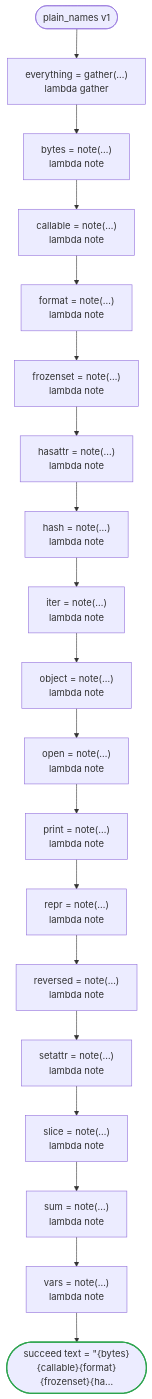
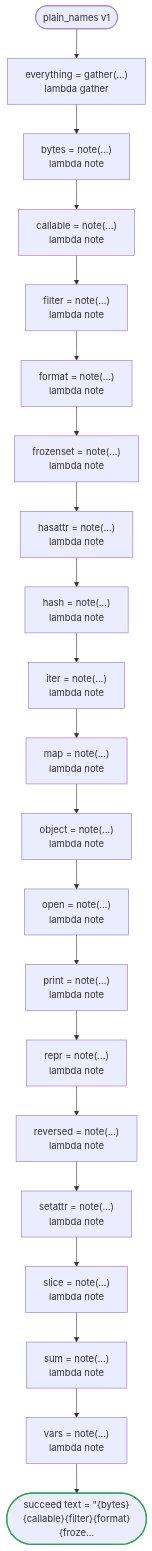
One commit to i2y/ritsu changed the diagram in crates/dandori/tests/doc/tests-flows-plain_names.en.md. Above: the diagram before and after it, drawn with Mermaid. The commit also changed other lines of this file and 17 other files, not shown here.

````diff
--- a/crates/dandori/tests/doc/tests-flows-plain_names.en.md
+++ b/crates/dandori/tests/doc/tests-flows-plain_names.en.md
@@ -9,43 +9,47 @@
 ```mermaid
 flowchart TD
     start(["plain_names v1"])
     s1["everything = gather(…)<br>lambda gather"]
     s2["bytes = note(…)<br>lambda note"]
     s3["callable = note(…)<br>lambda note"]
-    s4["format = note(…)<br>lambda note"]
-    s5["frozenset = note(…)<br>lambda note"]
-    s6["hasattr = note(…)<br>lambda note"]
-    s7["hash = note(…)<br>lambda note"]
-    s8["iter = note(…)<br>lambda note"]
-    s9["object = note(…)<br>lambda note"]
-    s10["open = note(…)<br>lambda note"]
-    s11["print = note(…)<br>lambda note"]
-    s12["repr = note(…)<br>lambda note"]
-    s13["reversed = note(…)<br>lambda note"]
-    s14["setattr = note(…)<br>lambda note"]
-    s15["slice = note(…)<br>lambda note"]
-    s16["sum = note(…)<br>lambda note"]
-    s17["vars = note(…)<br>lambda note"]
-    s18(["succeed text = #quot;{bytes}{callable}{format}{frozenset}{ha…"])
+    s4["filter = note(…)<br>lambda note"]
+    s5["format = note(…)<br>lambda note"]
+    s6["frozenset = note(…)<br>lambda note"]
+    s7["hasattr = note(…)<br>lambda note"]
+    s8["hash = note(…)<br>lambda note"]
+    s9["iter = note(…)<br>lambda note"]
+    s10["map = note(…)<br>lambda note"]
+    s11["object = note(…)<br>lambda note"]
+    s12["open = note(…)<br>lambda note"]
+    s13["print = note(…)<br>lambda note"]
+    s14["repr = note(…)<br>lambda note"]
+    s15["reversed = note(…)<br>lambda note"]
+    s16["setattr = note(…)<br>lambda note"]
+    s17["slice = note(…)<br>lambda note"]
+    s18["sum = note(…)<br>lambda note"]
+    s19["vars = note(…)<br>lambda note"]
+    s20(["succeed text = #quot;{bytes}{callable}{filter}{format}{froze…"])
     start --> s1
     s1 --> s2
     s2 --> s3
     s3 --> s4
     s4 --> s5
     s5 --> s6
     s6 --> s7
     s7 --> s8
     s8 --> s9
     s9 --> s10
     s10 --> s11
     s11 --> s12
     s12 --> s13
     s13 --> s14
     s14 --> s15
     s15 --> s16
     s16 --> s17
     s17 --> s18
+    s18 --> s19
+    s19 --> s20
     classDef ok stroke:#2da44e,stroke-width:2px
     classDef bad stroke:#cf222e,stroke-width:2px
-    class s18 ok
+    class s20 ok
 ```
````
